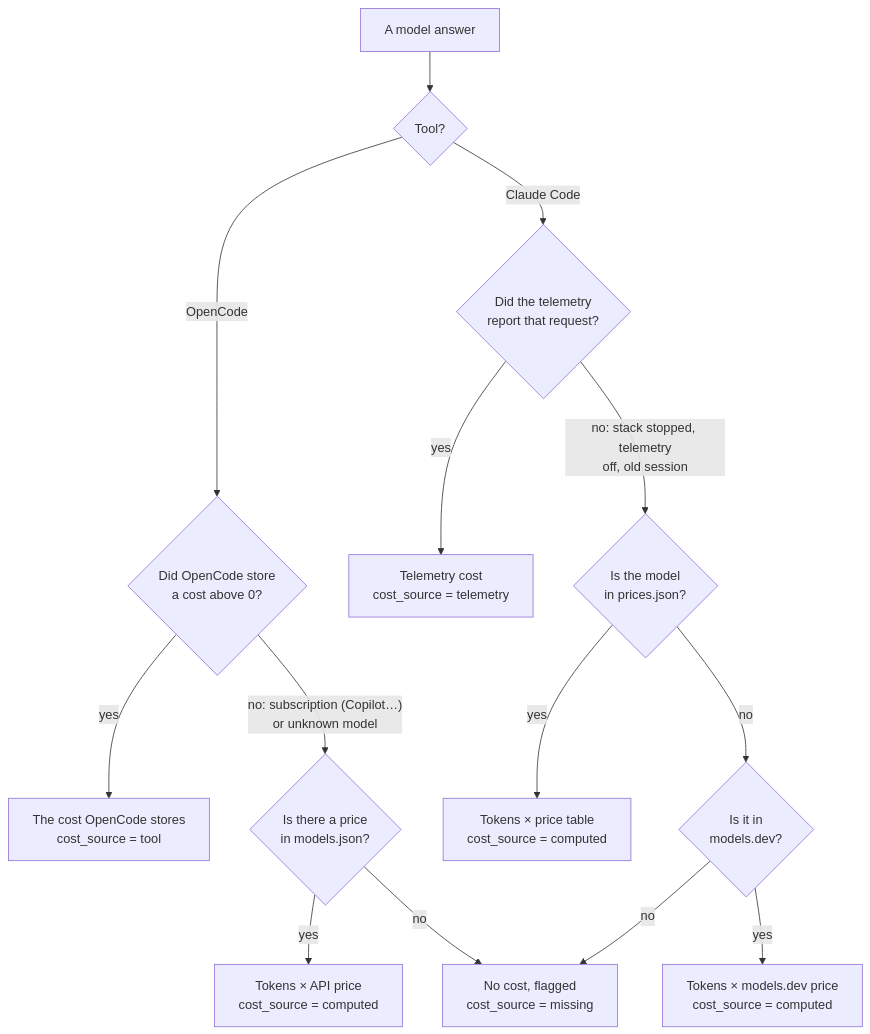
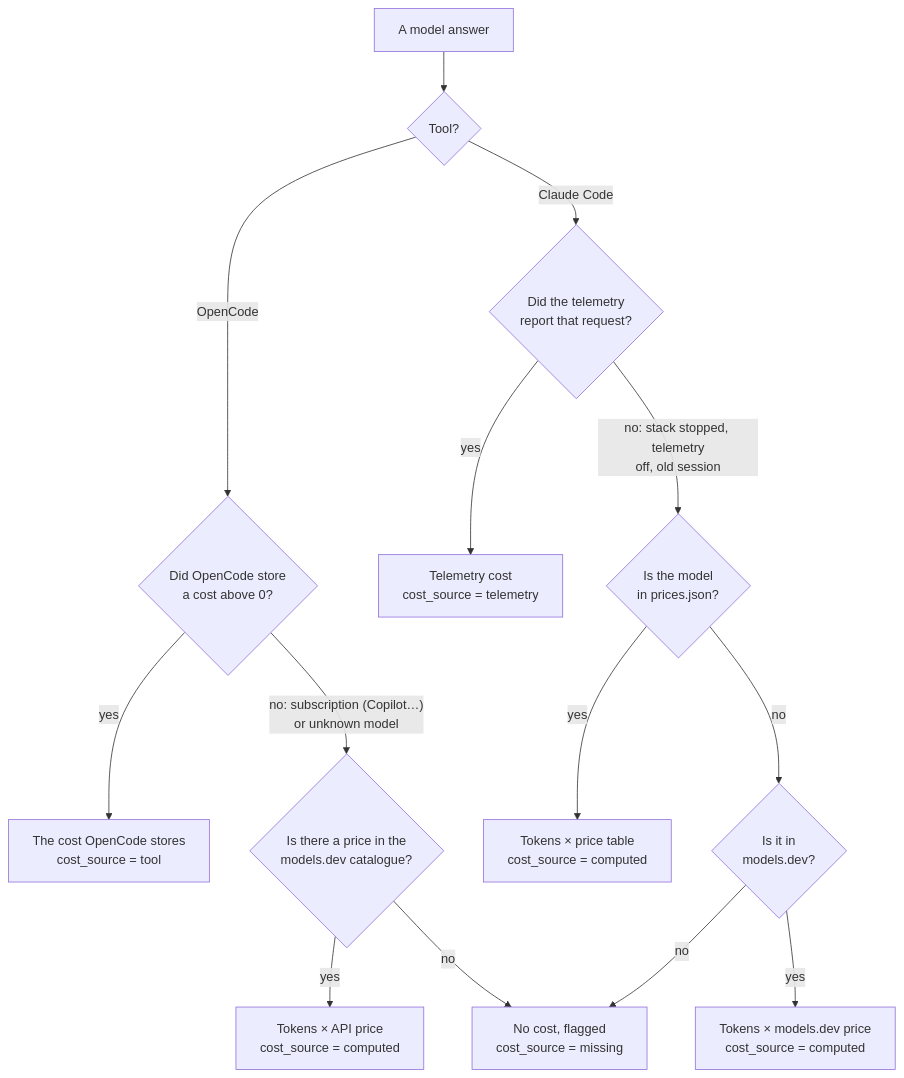
One commit to oscarabal/IA-metrics changed the third of 4 diagrams in README.en.md. Above: the diagram before and after it, drawn with Mermaid. The commit also changed other lines of this file and 20 other files, not shown here.

````diff
--- a/README.en.md
+++ b/README.en.md
@@ -138,16 +138,16 @@
 ```mermaid
 flowchart TD
     M["A model answer"] --> T{"Tool?"}
     T -- OpenCode --> OS{"Did OpenCode store<br/>a cost above 0?"}
     OS -- yes --> O["The cost OpenCode stores<br/>cost_source = tool"]
-    OS -- "no: subscription (Copilot…)<br/>or unknown model" --> OP{"Is there a price<br/>in models.json?"}
+    OS -- "no: subscription (Copilot…)<br/>or unknown model" --> OP{"Is there a price in the<br/>models.dev catalogue?"}
     OP -- yes --> OC2["Tokens × API price<br/>cost_source = computed"]
     OP -- no --> CM
     T -- "Claude Code" --> TEL{"Did the telemetry<br/>report that request?"}
     TEL -- yes --> CT["Telemetry cost<br/>cost_source = telemetry"]
     TEL -- "no: stack stopped, telemetry<br/>off, old session" --> P{"Is the model<br/>in prices.json?"}
     P -- yes --> CP["Tokens × price table<br/>cost_source = computed"]
     P -- no --> PD{"Is it in<br/>models.dev?"}
     PD -- yes --> CD["Tokens × models.dev price<br/>cost_source = computed"]
     PD -- no --> CM["No cost, flagged<br/>cost_source = missing"]
 ```
````
